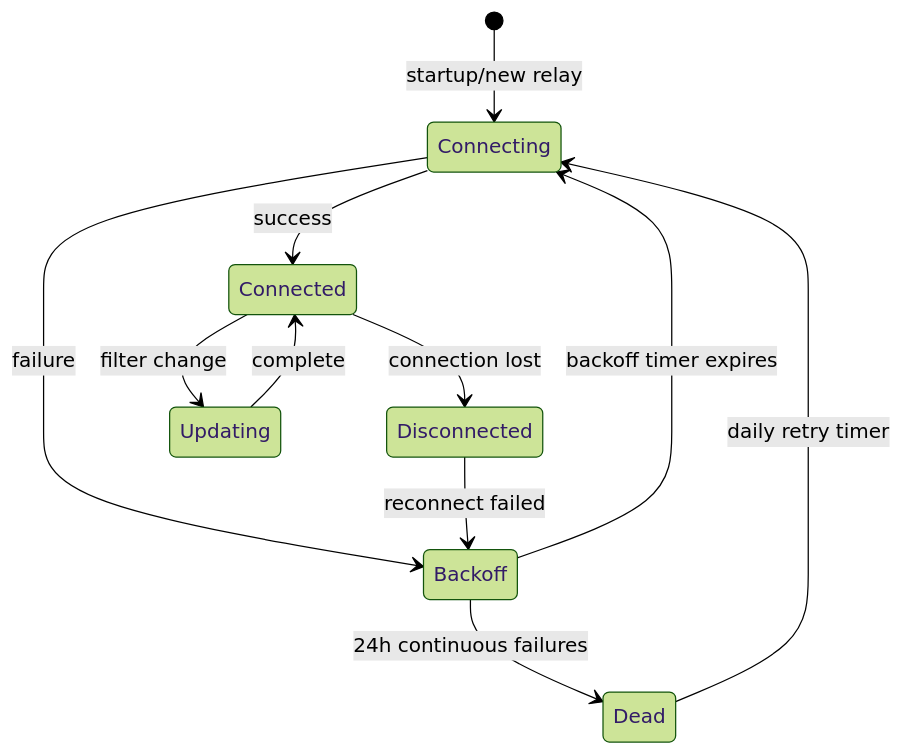
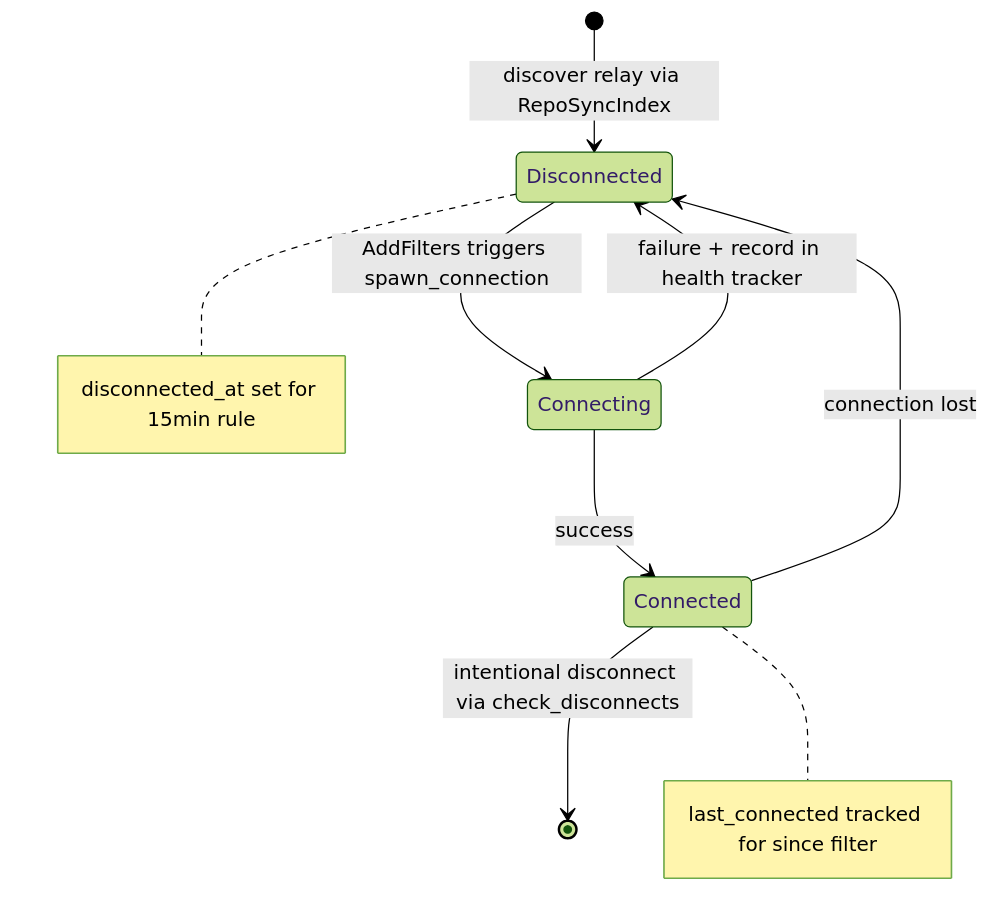
Before and after one commit to Pleb5/ngit-grasp: the first of 7 diagrams in docs/explanation/grasp-02-proactive-sync.md, drawn with Mermaid (forest theme). The commit also changed other lines of this file and 3 other files, not shown here.

````diff
--- a/docs/explanation/grasp-02-proactive-sync.md
+++ b/docs/explanation/grasp-02-proactive-sync.md
@@ -123,13 +118,12 @@
 ```mermaid
 stateDiagram-v2
-    [*] --> Connecting: startup/new relay
+    [*] --> Disconnected: discover relay via RepoSyncIndex
+    Disconnected --> Connecting: AddFilters triggers spawn_connection
     Connecting --> Connected: success
-    Connecting --> Backoff: failure
+    Connecting --> Disconnected: failure + record in health tracker
     Connected --> Disconnected: connection lost
-    Disconnected --> Backoff: reconnect failed
-    Backoff --> Connecting: backoff timer expires
-    Backoff --> Dead: 24h continuous failures
-    Dead --> Connecting: daily retry timer
-    Connected --> Updating: filter change
-    Updating --> Connected: complete
+    Connected --> [*]: intentional disconnect via check_disconnects
+
+    note right of Disconnected: disconnected_at set for 15min rule
+    note right of Connected: last_connected tracked for since filter
 ```
````
